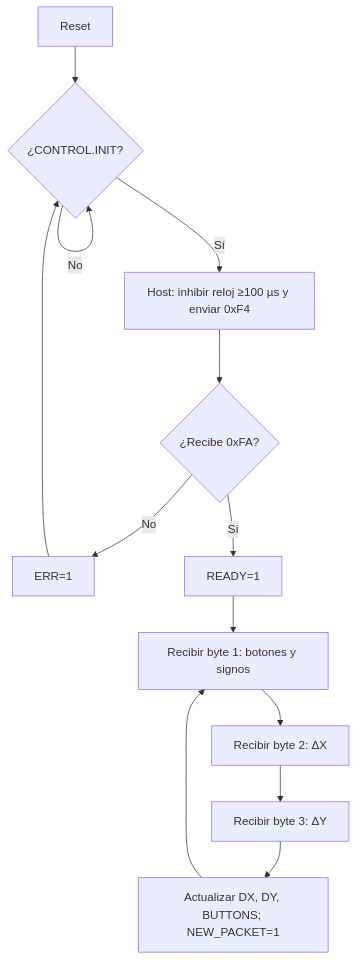
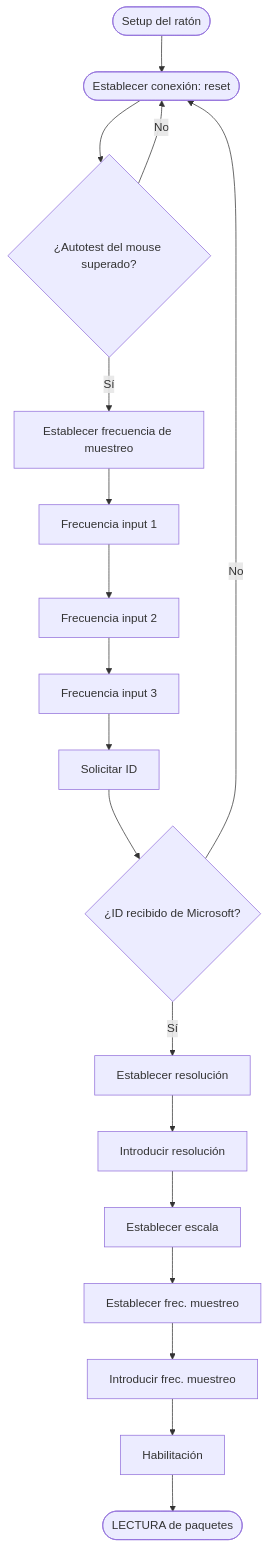
One commit to wwilchesc/Proyecto-Digital-1-v2 changed the second of 2 diagrams in cores/ps2_mouse/diagramas/README.md. Above: the diagram before and after it, drawn with Mermaid. The commit also changed other lines of this file and 33 other files, not shown here.

````diff
--- a/cores/ps2_mouse/diagramas/README.md
+++ b/cores/ps2_mouse/diagramas/README.md
@@ -17,14 +19,15 @@
 ```mermaid
 flowchart TD
-    A[Reset] --> B{¿CONTROL.INIT?}
-    B -- No --> B
-    B -- Sí --> C[Host: inhibir reloj ≥100 µs y enviar 0xF4]
-    C --> D{¿Recibe 0xFA?}
-    D -- No --> E[ERR=1] --> B
-    D -- Sí --> F[READY=1]
-    F --> G[Recibir byte 1: botones y signos]
-    G --> H[Recibir byte 2: ΔX]
-    H --> I[Recibir byte 3: ΔY]
-    I --> J[Actualizar DX, DY, BUTTONS; NEW_PACKET=1]
-    J --> G
+    A([Setup del ratón]) --> B([Establecer conexión: reset])
+    B --> C{¿Autotest del mouse superado?}
+    C -- No --> B
+    C -- Sí --> D[Establecer frecuencia de muestreo]
+    D --> E[Frecuencia input 1] --> F[Frecuencia input 2] --> G[Frecuencia input 3]
+    G --> H[Solicitar ID]
+    H --> I{¿ID recibido de Microsoft?}
+    I -- No --> B
+    I -- Sí --> J[Establecer resolución] --> K[Introducir resolución]
+    K --> L[Establecer escala] --> M[Establecer frec. muestreo] --> N[Introducir frec. muestreo]
+    N --> O[Habilitación]
+    O --> P([LECTURA de paquetes])
 ```
````
